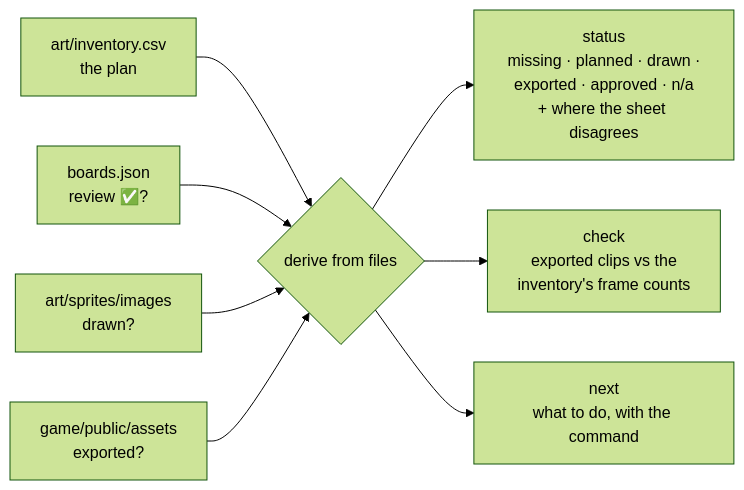
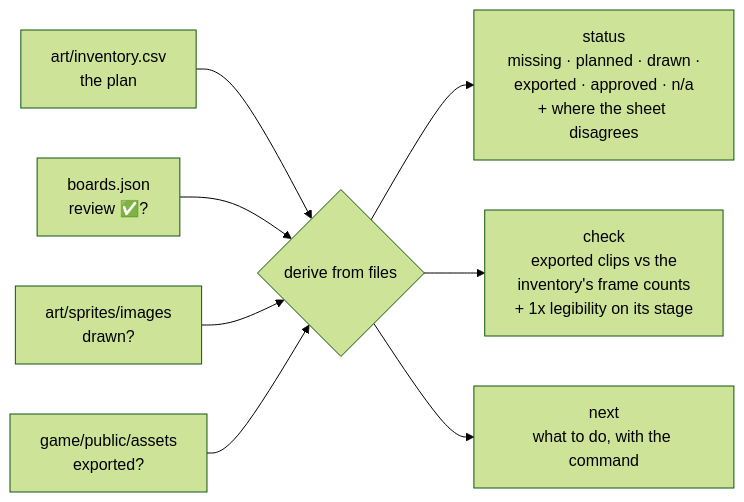
Before and after one commit to THD-AI/WinCS: the eighth of 8 diagrams in docs/09-ART-PIPELINE.md, drawn with Mermaid (forest theme). The commit also changed other lines of this file and 2 other files, not shown here.

Commit message:
feat: check an atlas's 1x legibility in assets.py check
check <id> now scores every clip of the atlas on its stage with readability.py and fails what stays low even with the actor rim (#158). docs/09 describes it.

````diff
--- a/docs/09-ART-PIPELINE.md
+++ b/docs/09-ART-PIPELINE.md
@@ -300,10 +300,10 @@
 ```mermaid
 flowchart LR
   I["art/inventory.csv<br/>the plan"] --> D{"derive from files"}
   B["boards.json<br/>review ✅?"] --> D
   G["art/sprites/images<br/>drawn?"] --> D
   E["game/public/assets<br/>exported?"] --> D
   D --> S["status<br/>missing · planned · drawn ·<br/>exported · approved · n/a<br/>+ where the sheet disagrees"]
-  D --> C["check<br/>exported clips vs the<br/>inventory's frame counts"]
+  D --> C["check<br/>exported clips vs the<br/>inventory's frame counts<br/>+ 1x legibility on its stage"]
   D --> N["next<br/>what to do, with the command"]
 ```
````
